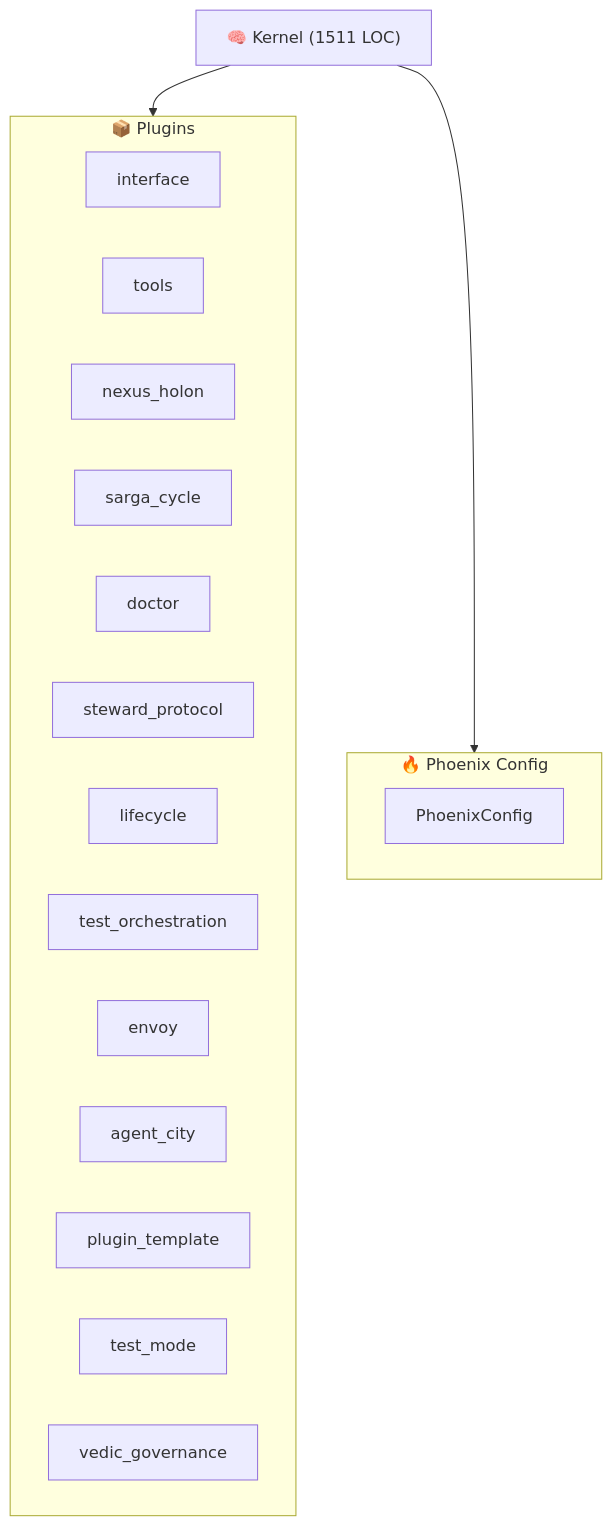
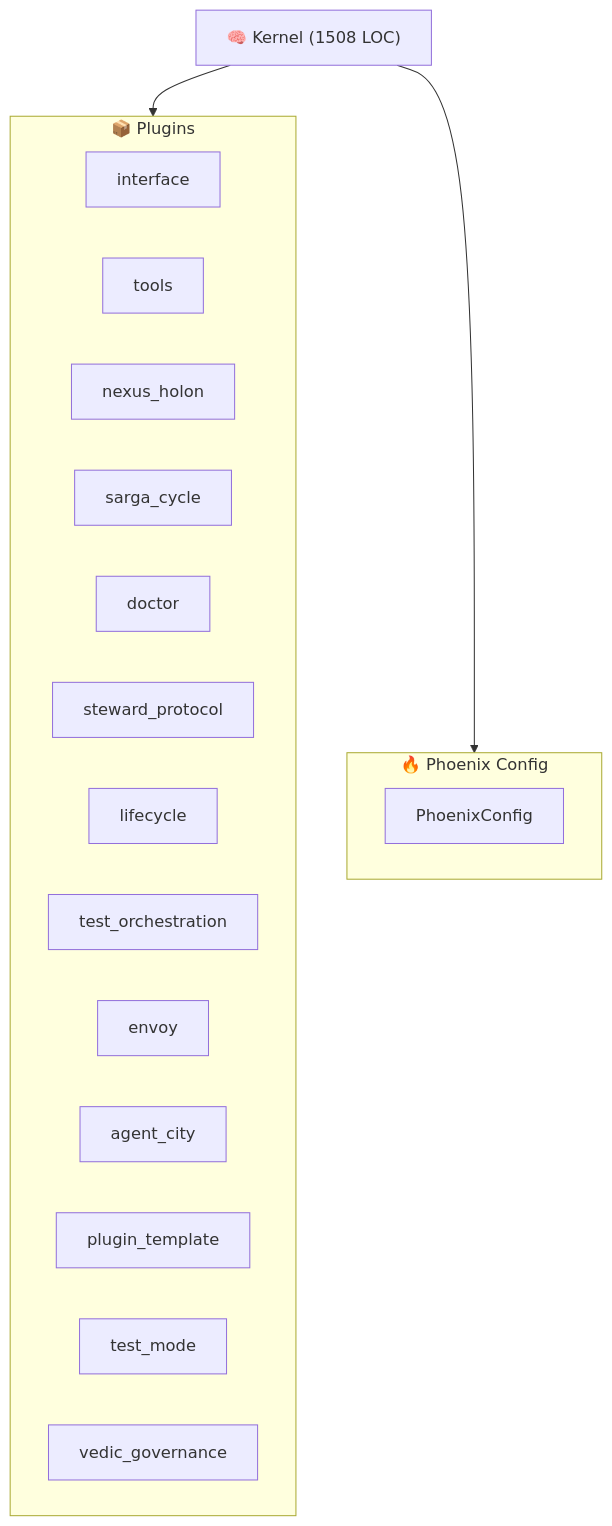
One commit to kimeisele/steward-protocol changed the diagram in ARCHITECTURE.md. Above: the diagram before and after it, drawn with Mermaid. The commit also changed other lines of this file and 15 other files, not shown here.

````diff
--- a/ARCHITECTURE.md
+++ b/ARCHITECTURE.md
@@ -8,24 +8,24 @@
 ```mermaid
 graph TB
-    K["🧠 Kernel (1511 LOC)"]
+    K["🧠 Kernel (1508 LOC)"]
     subgraph Plugins["📦 Plugins"]
         P_interface["interface"]
         P_tools["tools"]
         P_nexus_holon["nexus_holon"]
         P_sarga_cycle["sarga_cycle"]
         P_doctor["doctor"]
         P_steward_protocol["steward_protocol"]
         P_lifecycle["lifecycle"]
         P_test_orchestration["test_orchestration"]
         P_envoy["envoy"]
         P_agent_city["agent_city"]
         P_plugin_template["plugin_template"]
         P_test_mode["test_mode"]
         P_vedic_governance["vedic_governance"]
     end
     K --> Plugins
     subgraph Config["🔥 Phoenix Config"]
         PC[PhoenixConfig]
     end
     K --> Config
 ```
````
